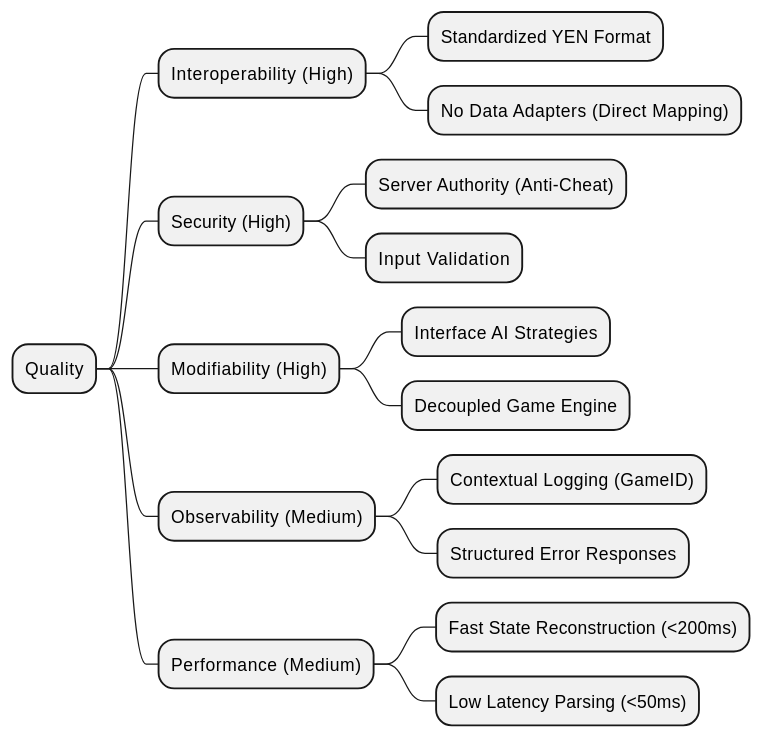
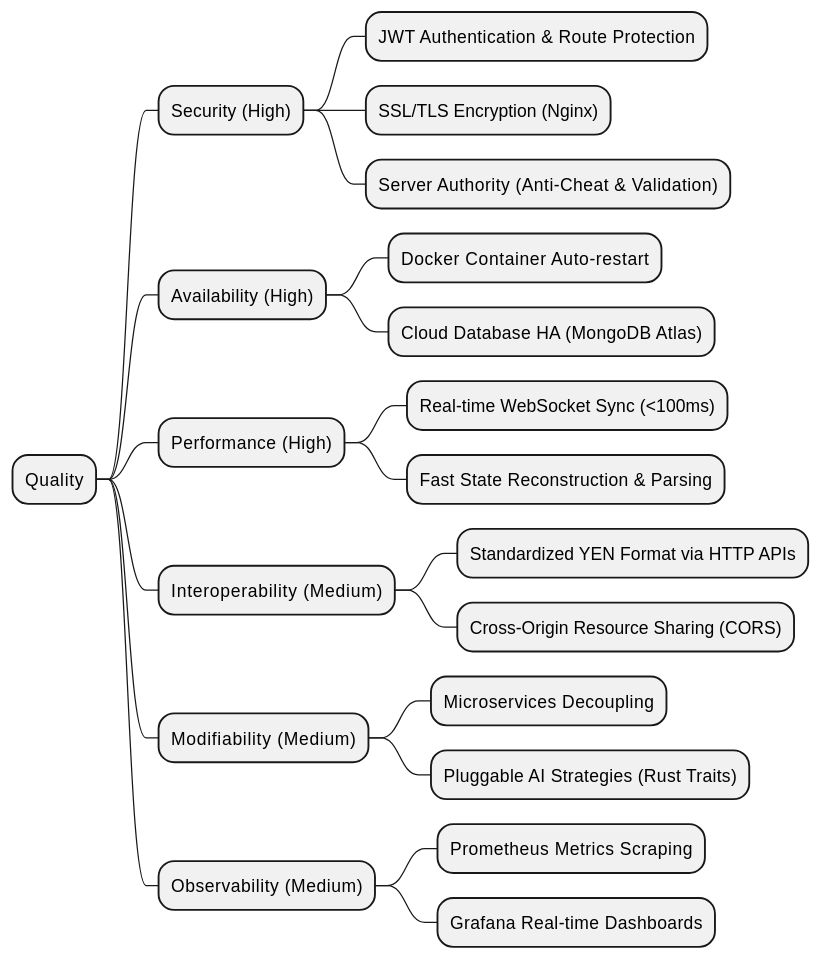
Before and after one commit to Arquisoft/yovi_es1a: the diagram in docs/src/10_quality_requirements.adoc, drawn with PlantUML. The commit also changed other lines of this file and 5 other files, not shown here.

```diff
--- a/docs/src/10_quality_requirements.adoc
+++ b/docs/src/10_quality_requirements.adoc
@@ -31,21 +31,25 @@
 [plantuml]
 ....
 @startmindmap
 * Quality
-** Interoperability (High)
-*** Standardized YEN Format
-*** No Data Adapters (Direct Mapping)
 ** Security (High)
-*** Server Authority (Anti-Cheat)
-*** Input Validation
-** Modifiability (High)
-*** Interface AI Strategies
-*** Decoupled Game Engine
+*** JWT Authentication & Route Protection
+*** SSL/TLS Encryption (Nginx)
+*** Server Authority (Anti-Cheat & Validation)
+** Availability (High)
+*** Docker Container Auto-restart
+*** Cloud Database HA (MongoDB Atlas)
+** Performance (High)
+*** Real-time WebSocket Sync (<100ms)
+*** Fast State Reconstruction & Parsing
+** Interoperability (Medium)
+*** Standardized YEN Format via HTTP APIs
+*** Cross-Origin Resource Sharing (CORS)
+** Modifiability (Medium)
+*** Microservices Decoupling
+*** Pluggable AI Strategies (Rust Traits)
 ** Observability (Medium)
-*** Contextual Logging (GameID)
-*** Structured Error Responses
-** Performance (Medium)
-*** Fast State Reconstruction (<200ms)
-*** Low Latency Parsing (<50ms)
+*** Prometheus Metrics Scraping
+*** Grafana Real-time Dashboards
 @endmindmap
 ....
```
